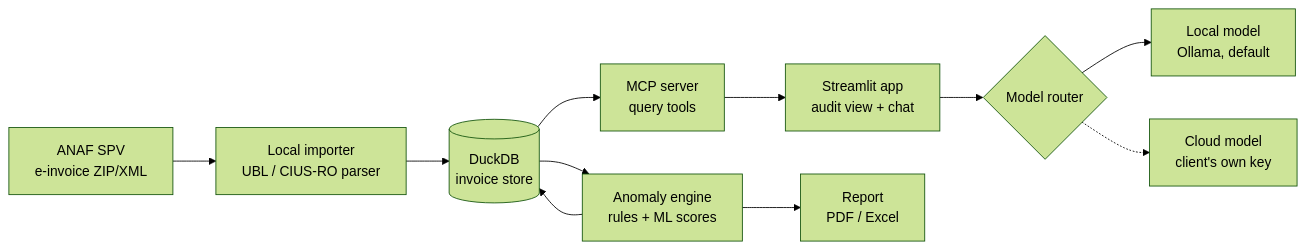
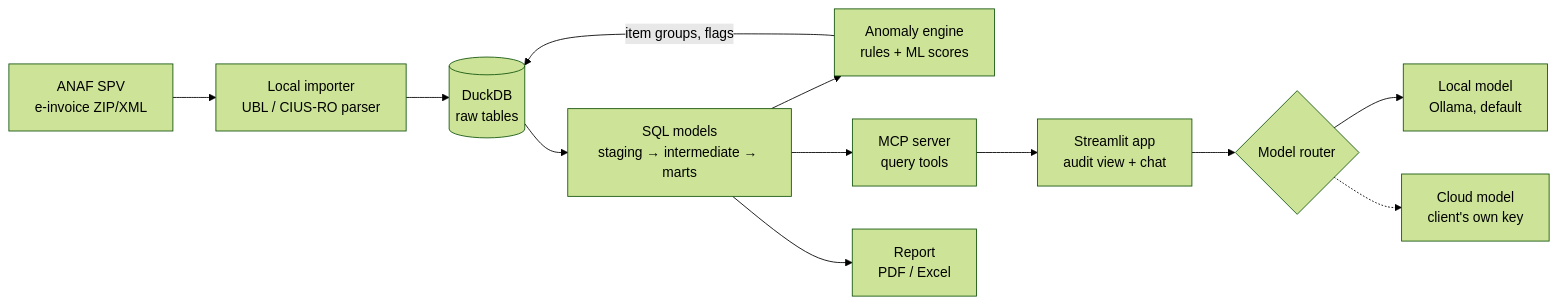
One commit to gabrieln2805/efactura-audit changed the diagram in README.md. Above: the diagram before and after it, drawn with Mermaid (forest theme). The commit also changed other lines of this file and 45 other files, not shown here.

````diff
--- a/README.md
+++ b/README.md
@@ -131,13 +132,14 @@
 ```mermaid
 flowchart LR
     A[ANAF SPV<br/>e-invoice ZIP/XML] --> B[Local importer<br/>UBL / CIUS-RO parser]
-    B --> C[(DuckDB<br/>invoice store)]
-    C --> D[Anomaly engine<br/>rules + ML scores]
-    D --> C
-    C --> E[MCP server<br/>query tools]
+    B --> C[(DuckDB<br/>raw tables)]
+    C --> M[SQL models<br/>staging → intermediate → marts]
+    M --> D[Anomaly engine<br/>rules + ML scores]
+    D -->|item groups, flags| C
+    M --> E[MCP server<br/>query tools]
     E --> F[Streamlit app<br/>audit view + chat]
     F --> G{Model router}
     G --> H[Local model<br/>Ollama, default]
     G -.-> I[Cloud model<br/>client's own key]
-    D --> J[Report<br/>PDF / Excel]
+    M --> J[Report<br/>PDF / Excel]
 ```
````
